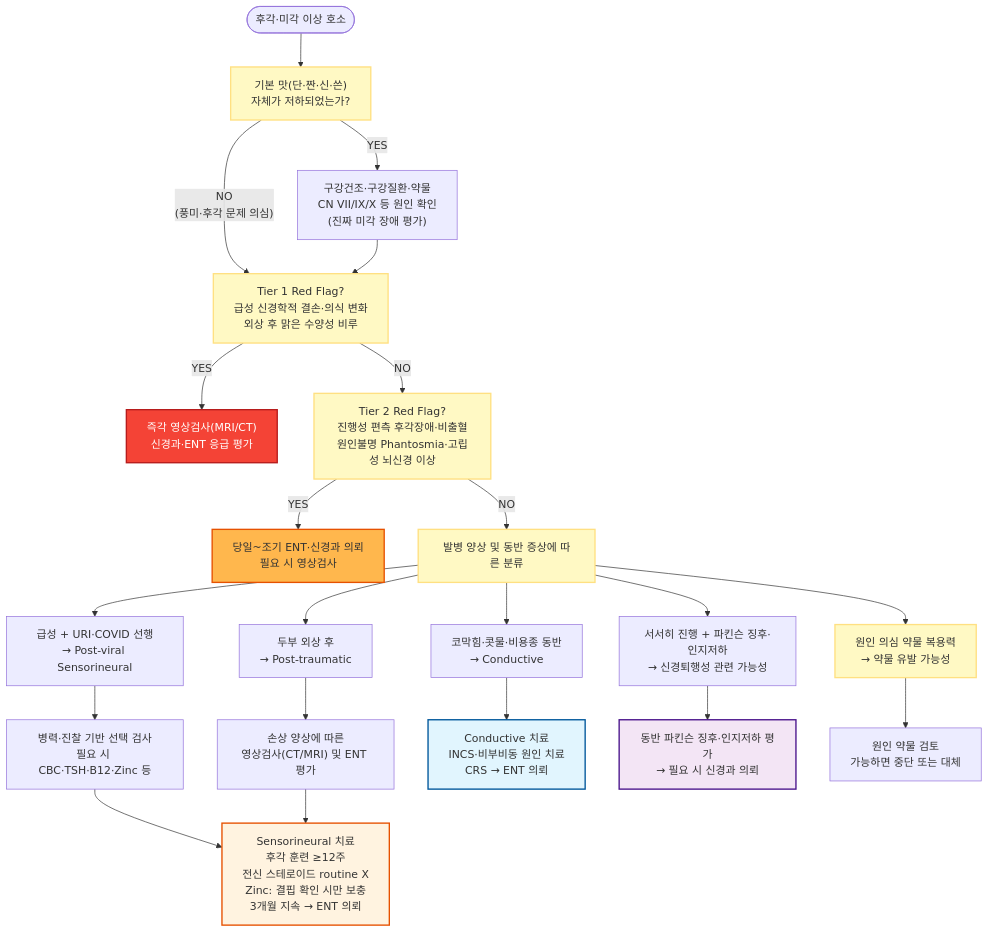
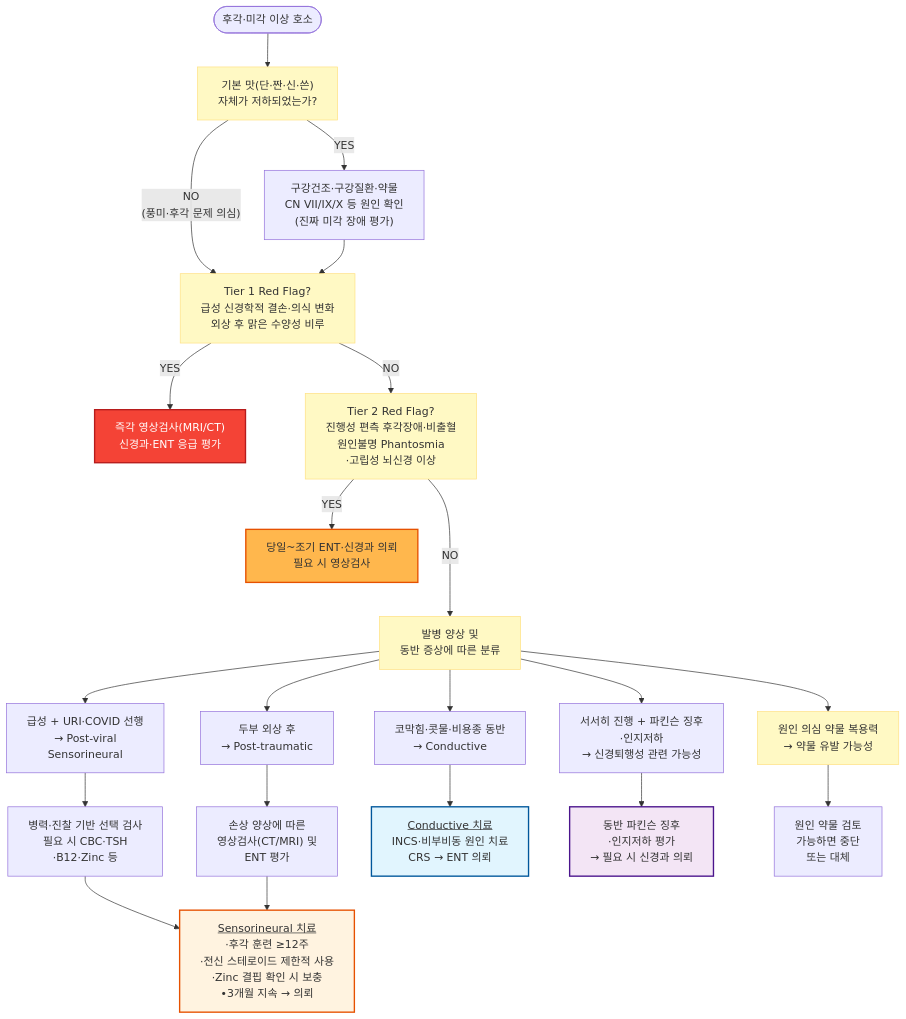
One commit to familyoh77/familyoh77 changed the diagram in 220_/005_-smell-taste-disorders.md. Above: the diagram before and after it, drawn with Mermaid. The commit also changed other lines of this file, not shown here.

````diff
--- a/220_/005_-smell-taste-disorders.md
+++ b/220_/005_-smell-taste-disorders.md
@@ -165,33 +177,30 @@
 ```mermaid
 graph TD
     A([후각·미각 이상 호소]) --> B["기본 맛(단·짠·신·쓴)<br/>자체가 저하되었는가?"]
     B -->|"YES"| C["구강건조·구강질환·약물<br/>CN VII/IX/X 등 원인 확인<br/>(진짜 미각 장애 평가)"]
     B -->|"NO<br/>(풍미·후각 문제 의심)"| D["Tier 1 Red Flag?<br/>급성 신경학적 결손·의식 변화<br/>외상 후 맑은 수양성 비루"]
     C --> D
     D -->|"YES"| E1["즉각 영상검사(MRI/CT)<br/>신경과·ENT 응급 평가"]
-    D -->|"NO"| D2["Tier 2 Red Flag?<br/>진행성 편측 후각장애·비출혈<br/>원인불명 Phantosmia·고립성 뇌신경 이상"]
+    D -->|"NO"| D2["Tier 2 Red Flag?<br/>진행성 편측 후각장애·비출혈<br/>원인불명 Phantosmia<br/>·고립성 뇌신경 이상"]
     D2 -->|"YES"| E2["당일~조기 ENT·신경과 의뢰<br/>필요 시 영상검사"]
-    D2 -->|"NO"| F["발병 양상 및 동반 증상에 따른 분류"]
-    F --> G["급성 + URI·COVID 선행<br/>→ Post-viral Sensorineural"]
+    D2 --->|"NO"| F["발병 양상 및 <br/>동반 증상에 따른 분류"]
+    F --> G["급성 + URI·COVID 선행<br/>→ Post-viral <br/>Sensorineural"]
     F --> H["두부 외상 후<br/>→ Post-traumatic"]
     F --> I["코막힘·콧물·비용종 동반<br/>→ Conductive"]
-    F --> J["서서히 진행 + 파킨슨 징후·인지저하<br/>→ 신경퇴행성 관련 가능성"]
+    F --> J["서서히 진행 + 파킨슨 징후<br/>·인지저하<br/>→ 신경퇴행성 관련 가능성"]
     F --> P["원인 의심 약물 복용력<br/>→ 약물 유발 가능성"]
-    G --> K["병력·진찰 기반 선택 검사<br/>필요 시 CBC·TSH·B12·Zinc 등"]
-    H --> H2["손상 양상에 따른<br/>영상검사(CT/MRI) 및 ENT 평가"]
-    I --> L["Conductive 치료<br/>INCS·비부비동 원인 치료<br/>CRS → ENT 의뢰"]
-    J --> M["동반 파킨슨 징후·인지저하 평가<br/>→ 필요 시 신경과 의뢰"]
-    P --> P2["원인 약물 검토<br/>가능하면 중단 또는 대체"]
-    K --> N["Sensorineural 치료<br/>후각 훈련 ≥12주<br/>전신 스테로이드 routine X<br/>Zinc: 결핍 확인 시만 보충<br/>3개월 지속 → ENT 의뢰"]
+    G --> K["병력·진찰 기반 선택 검사<br/>필요 시 CBC·TSH<br/>·B12·Zinc 등"]
+    H --> H2["손상 양상에 따른<br/>영상검사(CT/MRI) 및 <br/>ENT 평가"]
+    I --> L["<u>Conductive 치료</u><br/>INCS·비부비동 원인 치료<br/>CRS → ENT 의뢰"]
+    J --> M["동반 파킨슨 징후<br/>·인지저하 평가<br/>→ 필요 시 신경과 의뢰"]
+    P --> P2["원인 약물 검토<br/>가능하면 중단<br/> 또는 대체"]
+    K --> N["<u>Sensorineural 치료</u><br/>·후각 훈련 ≥12주<br/>·전신 스테로이드 제한적 사용<br/>·Zinc 결핍 확인 시 보충<br/>•3개월 지속 → 의뢰"]
     H2 --> N
-    style B fill:#fff9c4,stroke:#ffe082,stroke-width:2px
-    style D fill:#fff9c4,stroke:#ffe082,stroke-width:2px
-    style D2 fill:#fff9c4,stroke:#ffe082,stroke-width:2px
+classDef yellow fill:#fff9c4,stroke:#ffe082
+class B,D,D2,F,P yellow
     style E1 fill:#f44336,stroke:#b71c1c,color:#fff,stroke-width:2px
     style E2 fill:#ffb74d,stroke:#e65100,stroke-width:2px
-    style F fill:#fff9c4,stroke:#ffe082,stroke-width:2px
-    style P fill:#fff9c4,stroke:#ffe082,stroke-width:2px
     style L fill:#e1f5fe,stroke:#01579b,stroke-width:2px
     style N fill:#fff3e0,stroke:#e65100,stroke-width:2px
     style M fill:#f3e5f5,stroke:#4a148c,stroke-width:2px
 ```
````
